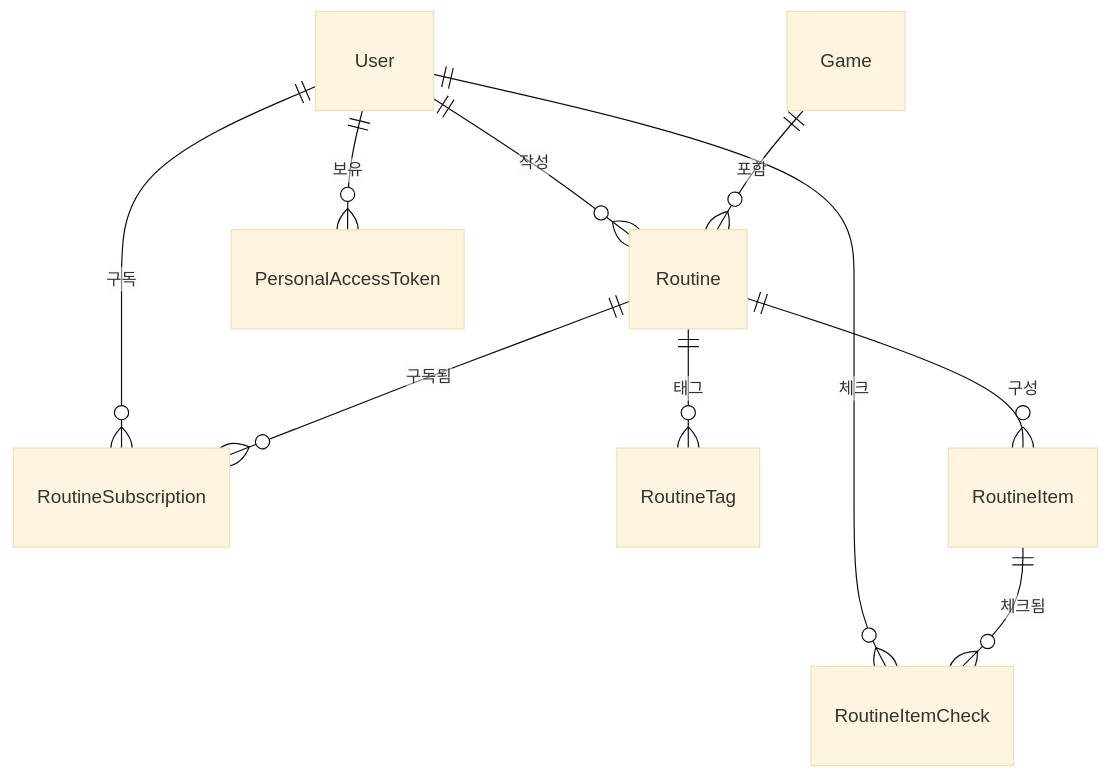
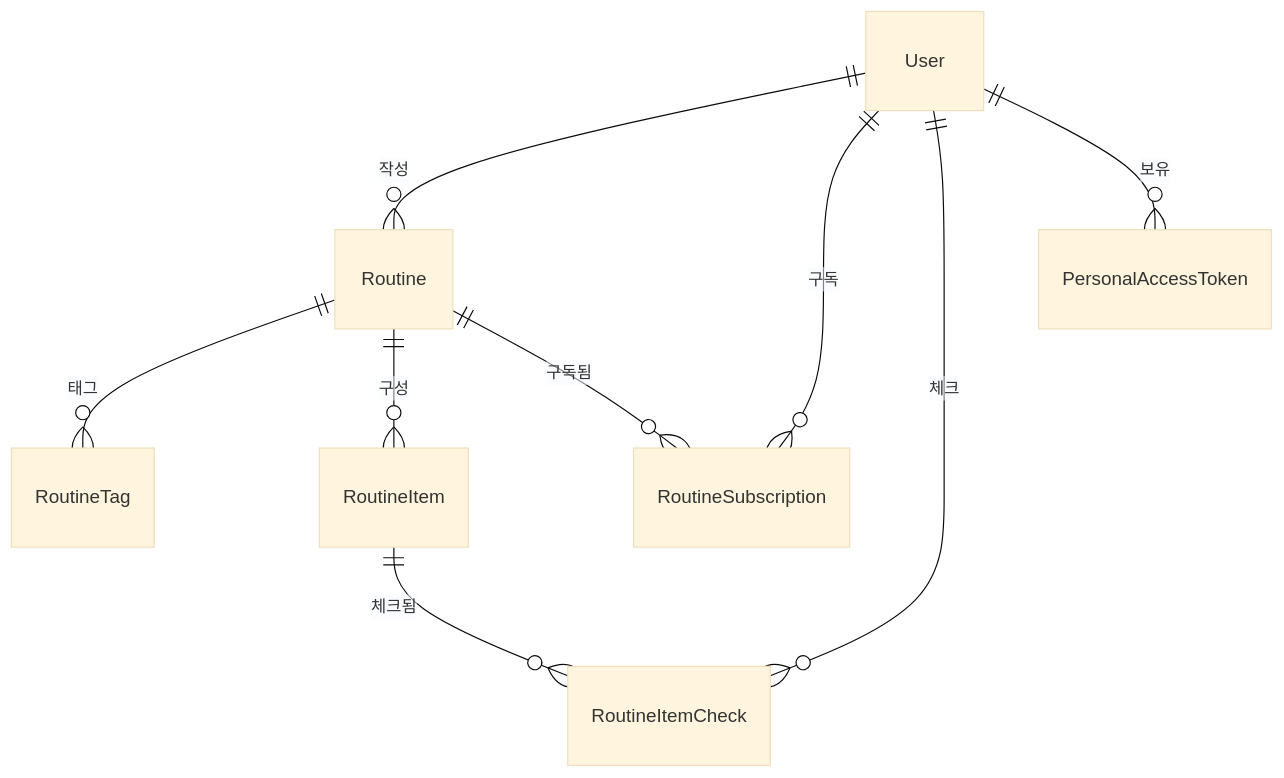
Before and after one commit to rogrhrh/game-homework: the diagram in ERD.md, drawn with Mermaid (base theme). The commit also changed other lines of this file and 2 other files, not shown here.

First line of the commit message:
docs: Game 엔티티 제거 및 gameName/dailyResetHour 설계 반영

````diff
--- a/ERD.md
+++ b/ERD.md
@@ -9,15 +9,13 @@
 ```mermaid
 erDiagram
     User ||--o{ Routine : "작성"
     User ||--o{ RoutineSubscription : "구독"
     User ||--o{ RoutineItemCheck : "체크"
     User ||--o{ PersonalAccessToken : "보유"
 
-    Game ||--o{ Routine : "포함"
-
     Routine ||--o{ RoutineTag : "태그"
     Routine ||--o{ RoutineItem : "구성"
     Routine ||--o{ RoutineSubscription : "구독됨"
 
     RoutineItem ||--o{ RoutineItemCheck : "체크됨"
 ```
````
